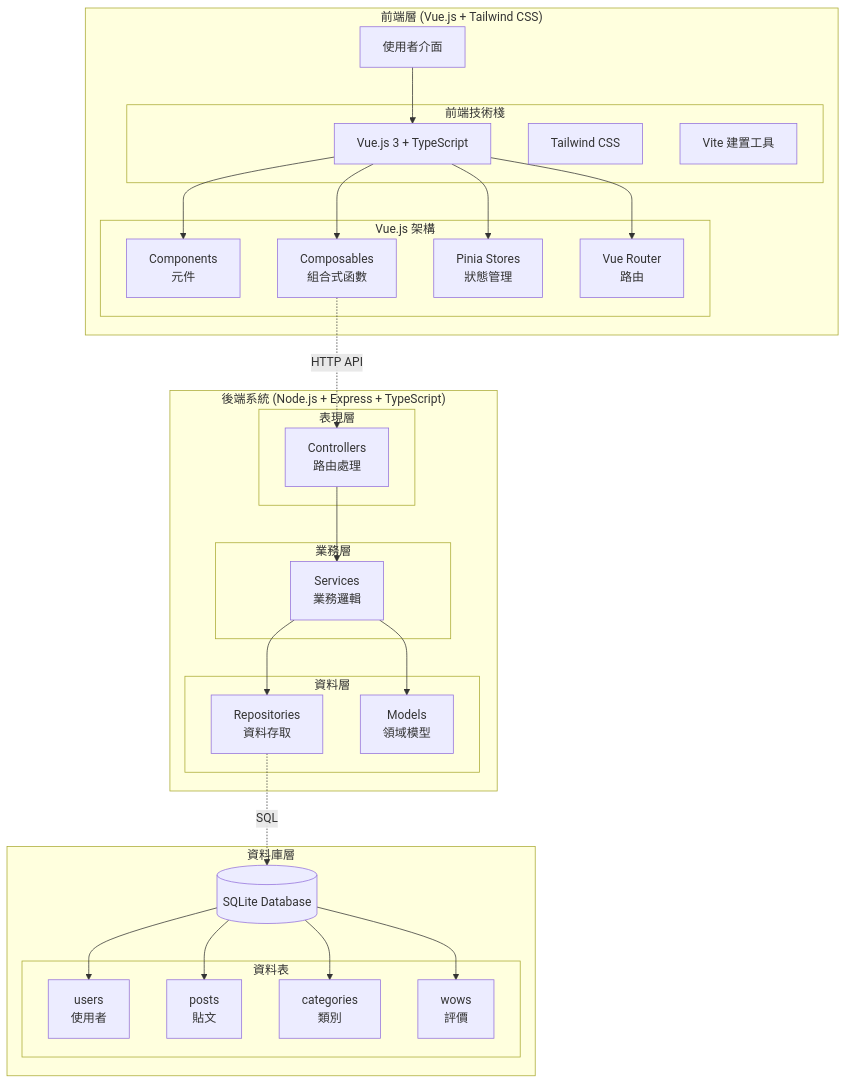
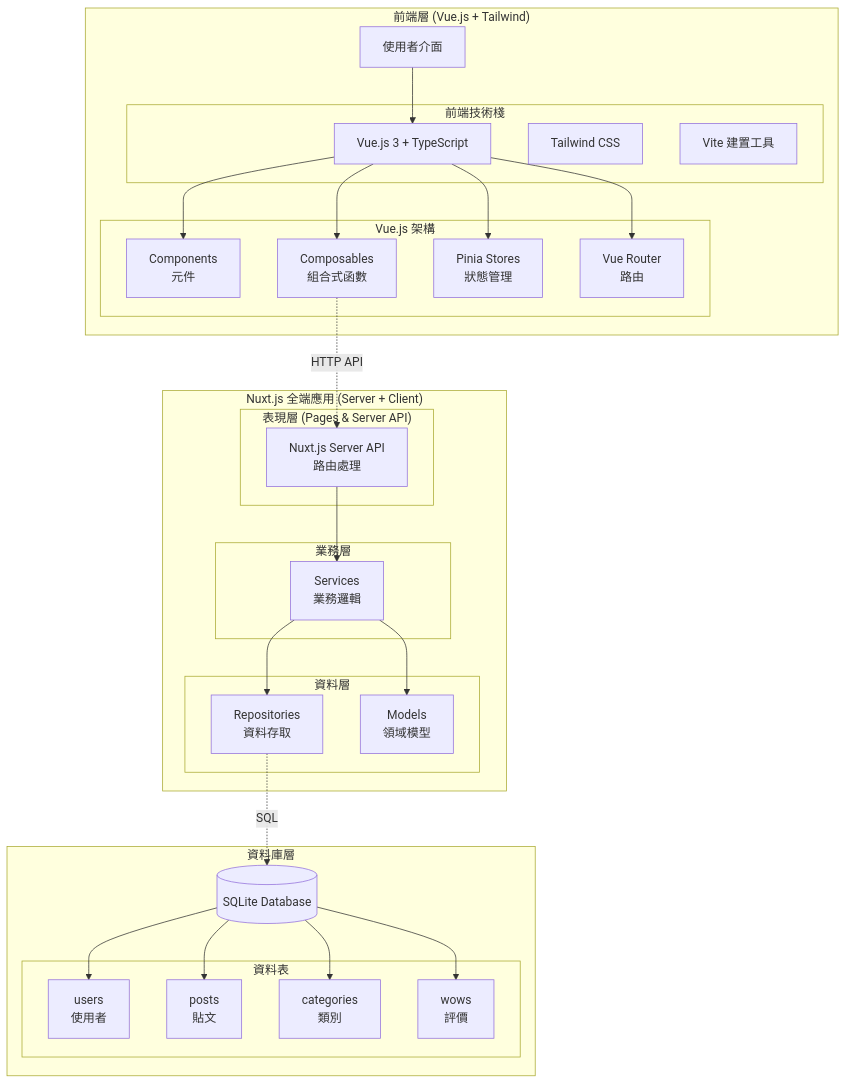
The diagram in aotter-wow-system/OOAD-SUMMARY.md (ayugioh2003/ooad-ai), drawn with Mermaid before and after one commit. The commit also changed other lines of this file and 3 other files, not shown here.

First line of the commit message:
Refactor architecture documentation to reflect Nuxt.js integration and update class and sequence diagrams for API handlers

````diff
--- a/aotter-wow-system/OOAD-SUMMARY.md
+++ b/aotter-wow-system/OOAD-SUMMARY.md
@@ -84,62 +84,62 @@
 ```mermaid
 flowchart TD
-    subgraph "前端層 (Vue.js + Tailwind CSS)"
+    subgraph "前端層 (Vue.js + Tailwind)"
         UI[使用者介面]
         subgraph "前端技術棧"
             Vue[Vue.js 3 + TypeScript]
             Tailwind[Tailwind CSS]
             Vite[Vite 建置工具]
         end
         
         subgraph "Vue.js 架構"
             Components[Components<br/>元件]
             Composables[Composables<br/>組合式函數]
             Stores[Pinia Stores<br/>狀態管理]
             Router[Vue Router<br/>路由]
         end
     end
     
-    subgraph "後端系統 (Node.js + Express + TypeScript)"
-        subgraph "表現層"
-            Controllers[Controllers<br/>路由處理]
+    subgraph "Nuxt.js 全端應用 (Server + Client)"
+        subgraph "表現層 (Pages & Server API)"
+            ServerAPI[Nuxt.js Server API<br/>路由處理]
         end
         
         subgraph "業務層"
             Services[Services<br/>業務邏輯]
         end
         
         subgraph "資料層"
             Repositories[Repositories<br/>資料存取]
             Models[Models<br/>領域模型]
         end
     end
     
     subgraph "資料庫層"
         DB[(SQLite Database)]
         subgraph "資料表"
             Users[users<br/>使用者]
             Posts[posts<br/>貼文]
             Categories[categories<br/>類別]
             Wows[wows<br/>評價]
         end
     end
     
     %% 連接關係
     UI --> Vue
     Vue --> Components
     Vue --> Composables
     Vue --> Stores
     Vue --> Router
     
-    Composables -.->|HTTP API| Controllers
-    Controllers --> Services
+    Composables -.->|HTTP API| ServerAPI
+    ServerAPI --> Services
     Services --> Repositories
     Services --> Models
     Repositories -.->|SQL| DB
     
     %% 資料表關係
     DB --> Users
     DB --> Posts  
     DB --> Categories
     DB --> Wows
 ```
````
